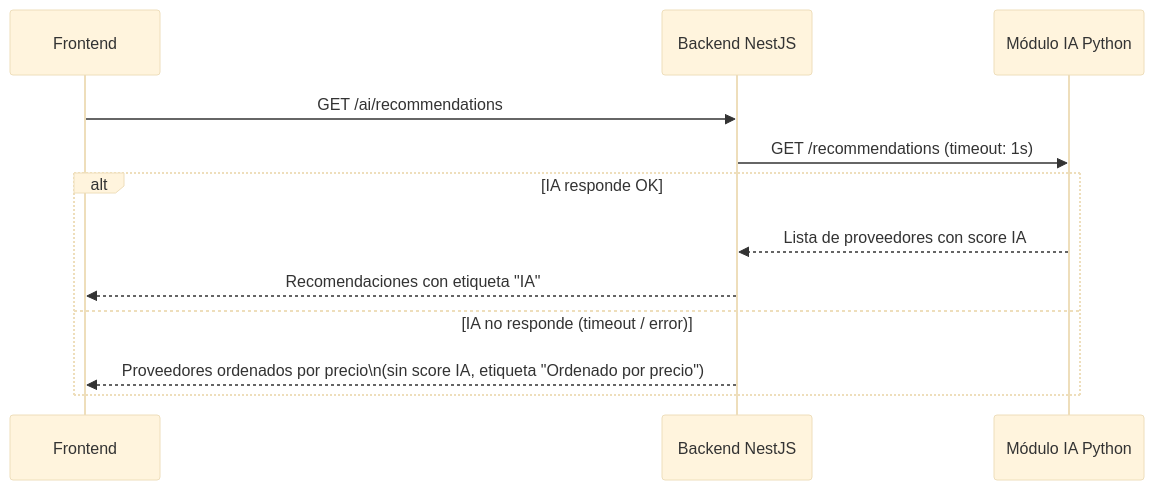
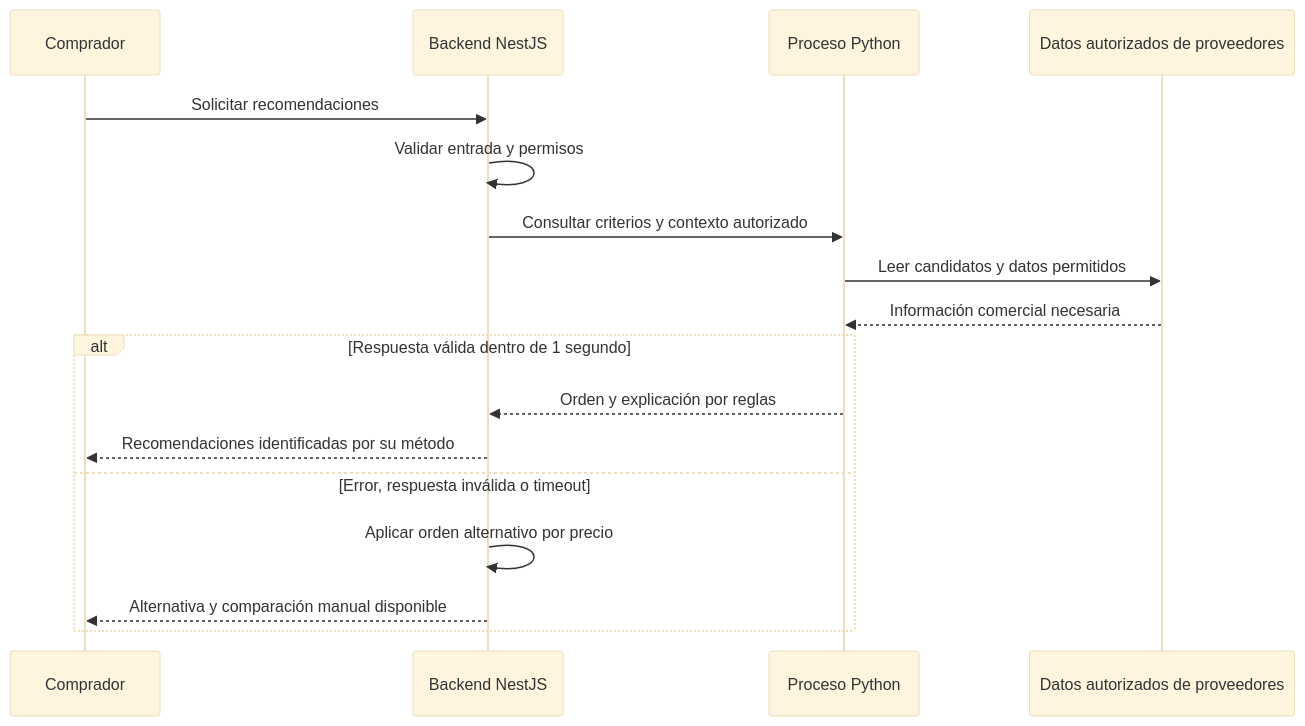
One commit to Yeltsin-MC/MayoristaPro-B2B-ArquitSoft changed the diagram in docs/02-arquitectura-software/modulo-ia-decision.md. Above: the diagram before and after it, drawn with Mermaid (base theme). The commit also changed other lines of this file and 4 other files, not shown here.

````diff
--- a/docs/02-arquitectura-software/modulo-ia-decision.md
+++ b/docs/02-arquitectura-software/modulo-ia-decision.md
@@ -86,15 +20,19 @@
 ```mermaid
 sequenceDiagram
-    participant FE as Frontend
+    participant C as Comprador
     participant API as Backend NestJS
-    participant IA as Módulo IA Python
-
-    FE->>API: GET /ai/recommendations
-    API->>IA: GET /recommendations (timeout: 1s)
-    alt IA responde OK
-        IA-->>API: Lista de proveedores con score IA
-        API-->>FE: Recomendaciones con etiqueta "IA"
-    else IA no responde (timeout / error)
-        API-->>FE: Proveedores ordenados por precio\n(sin score IA, etiqueta "Ordenado por precio")
+    participant IA as Proceso Python
+    participant DAT as Datos autorizados de proveedores
+    C->>API: Solicitar recomendaciones
+    API->>API: Validar entrada y permisos
+    API->>IA: Consultar criterios y contexto autorizado
+    IA->>DAT: Leer candidatos y datos permitidos
+    DAT-->>IA: Información comercial necesaria
+    alt Respuesta válida dentro de 1 segundo
+        IA-->>API: Orden y explicación por reglas
+        API-->>C: Recomendaciones identificadas por su método
+    else Error, respuesta inválida o timeout
+        API->>API: Aplicar orden alternativo por precio
+        API-->>C: Alternativa y comparación manual disponible
     end
 ```
````
